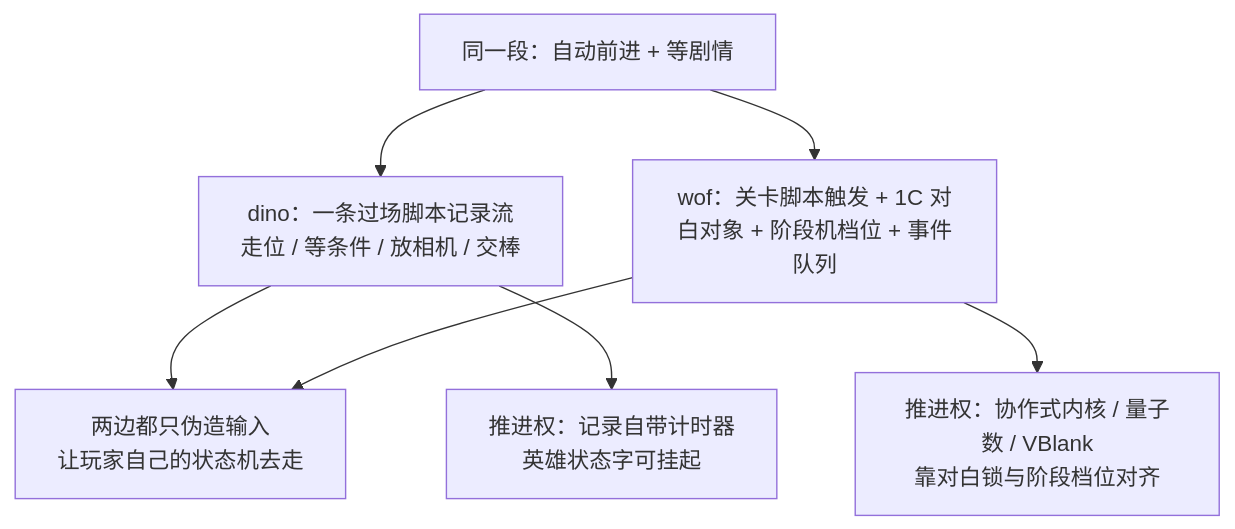
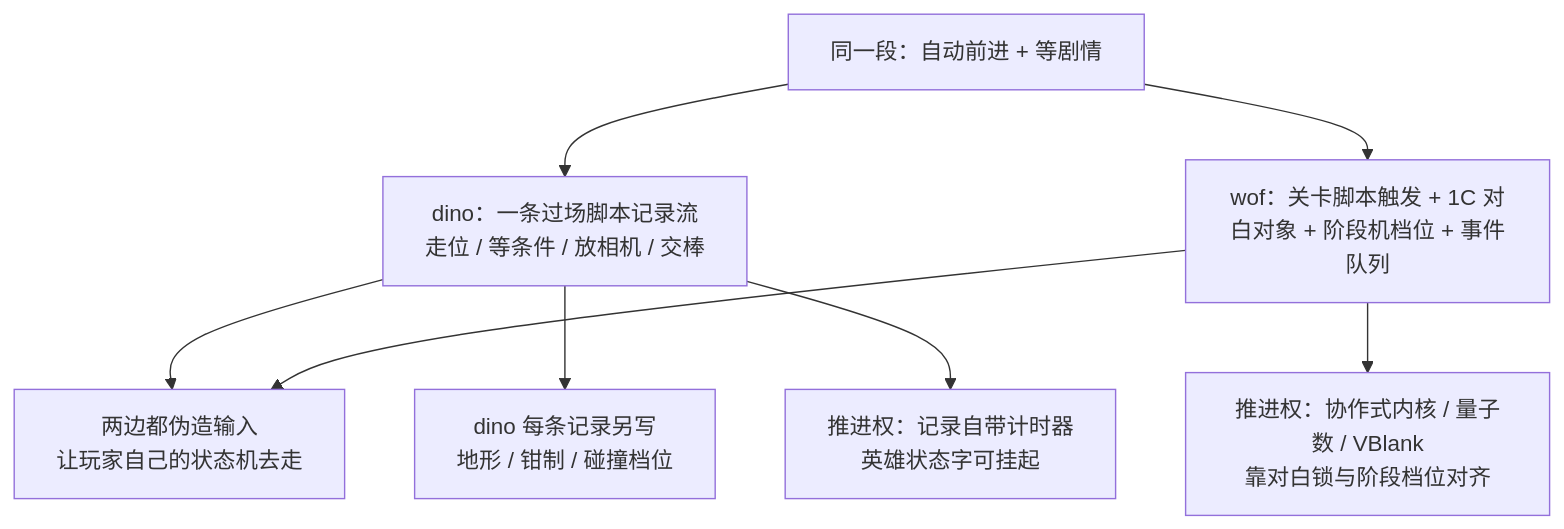
One commit to OrochiZ/cadillacs-and-dinosaurs-rust-remake changed diagram 18 of 18 in notes/06-method.md. Above: the diagram before and after it, drawn with Mermaid. The commit also changed other lines of this file and 1 other file, not shown here.

````diff
--- a/notes/06-method.md
+++ b/notes/06-method.md
@@ -2277,9 +2277,10 @@
 ```mermaid
 flowchart TB
     A["同一段：自动前进 + 等剧情"] --> B["dino：一条过场脚本记录流<br/>走位 / 等条件 / 放相机 / 交棒"]
     A --> C["wof：关卡脚本触发 + 1C 对白对象 + 阶段机档位 + 事件队列"]
-    B --> D["两边都只伪造输入<br/>让玩家自己的状态机去走"]
+    B --> D["两边都伪造输入<br/>让玩家自己的状态机去走"]
     C --> D
+    B --> G["dino 每条记录另写<br/>地形 / 钳制 / 碰撞档位"]
     B --> E["推进权：记录自带计时器<br/>英雄状态字可挂起"]
     C --> F["推进权：协作式内核 / 量子数 / VBlank<br/>靠对白锁与阶段档位对齐"]
 ```
````
